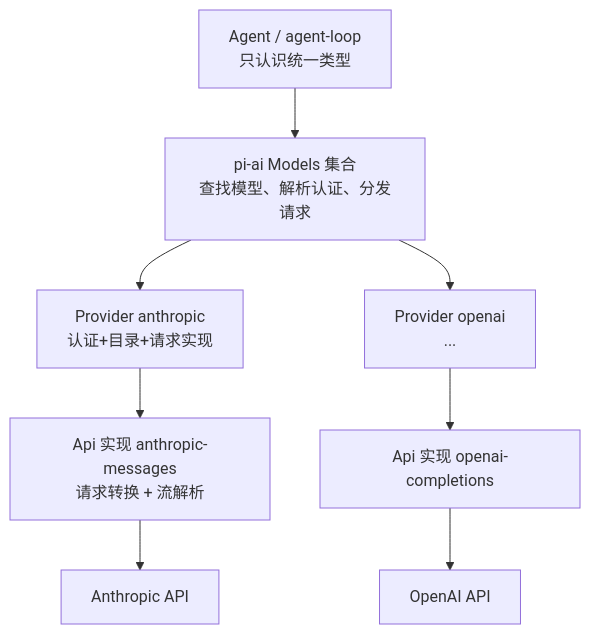
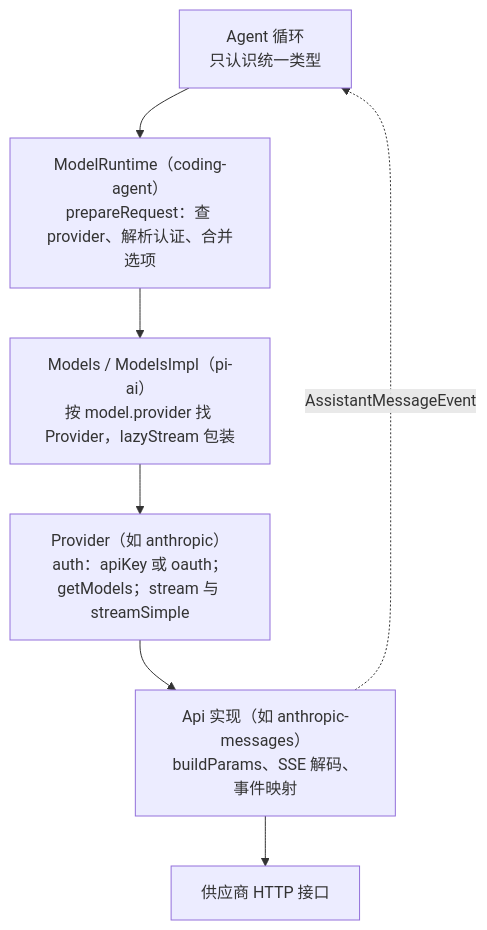
The diagram in docs/learning/zh-CN/task-04-providers.md (yipen9/pi), drawn with Mermaid before and after one commit. The commit also changed other lines of this file and 19 other files, not shown here.

````diff
--- a/docs/learning/zh-CN/task-04-providers.md
+++ b/docs/learning/zh-CN/task-04-providers.md
@@ -304,10 +283,9 @@
 ```mermaid
 flowchart TD
-  A[Agent / agent-loop<br/>只认识统一类型] --> M[pi-ai Models 集合<br/>查找模型、解析认证、分发请求]
-  M --> P1[Provider anthropic<br/>认证+目录+请求实现]
-  M --> P2[Provider openai<br/>...]
-  P1 --> API1[Api 实现 anthropic-messages<br/>请求转换 + 流解析]
-  P2 --> API2[Api 实现 openai-completions]
-  API1 --> S1[Anthropic API]
-  API2 --> S2[OpenAI API]
+  A["Agent 循环<br/>只认识统一类型"] --> R["ModelRuntime（coding-agent）<br/>prepareRequest：查 provider、解析认证、合并选项"]
+  R --> M["Models / ModelsImpl（pi-ai）<br/>按 model.provider 找 Provider，lazyStream 包装"]
+  M --> P["Provider（如 anthropic）<br/>auth：apiKey 或 oauth；getModels；stream 与 streamSimple"]
+  P --> API["Api 实现（如 anthropic-messages）<br/>buildParams、SSE 解码、事件映射"]
+  API --> S["供应商 HTTP 接口"]
+  API -. "AssistantMessageEvent" .-> A
 ```
````
